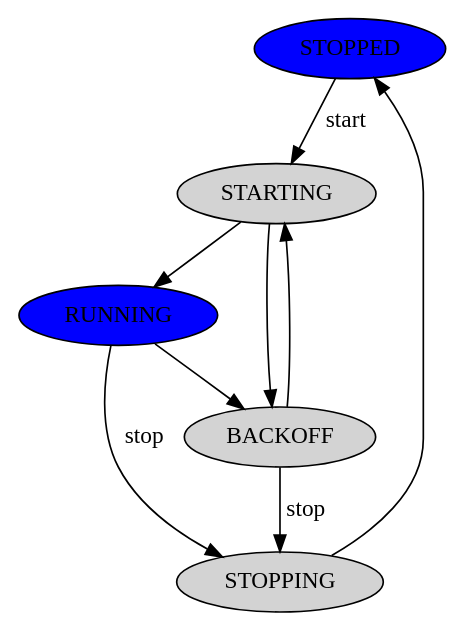
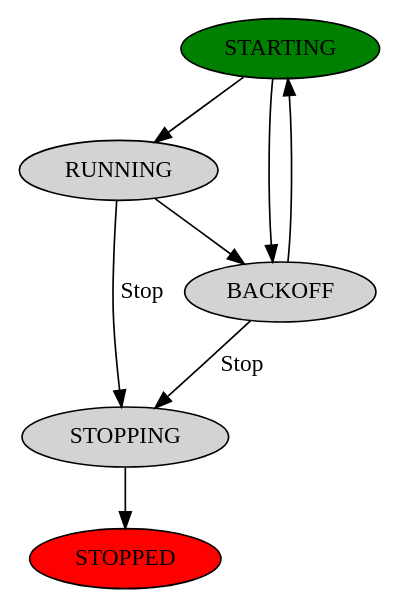
Before and after one commit to percona/pmm: the diagram in api/inventory/agents_process_status.dot, drawn with Graphviz.

Commit message:
Update process state diagram.

```diff
--- a/api/inventory/agents_process_status.dot
+++ b/api/inventory/agents_process_status.dot
@@ -1,20 +1,19 @@
 digraph {
   node [style=filled];
 
-  STOPPED [fillcolor=blue];
-  STARTING;
-  RUNNING [fillcolor=blue];
+  STARTING [fillcolor=green];
+  RUNNING;
+  BACKOFF;
   STOPPING;
-  BACKOFF;
+  STOPPED [fillcolor=red];
 
-  STOPPED -> STARTING [label=start];
   STARTING -> RUNNING;
-  RUNNING -> STOPPING [label=stop];
+  RUNNING -> STOPPING [label=Stop];
   STOPPING -> STOPPED;
 
   STARTING -> BACKOFF;
   BACKOFF -> STARTING;
 
   RUNNING -> BACKOFF;
-  BACKOFF -> STOPPING [label=stop];
+  BACKOFF -> STOPPING [label=Stop];
 }
```
